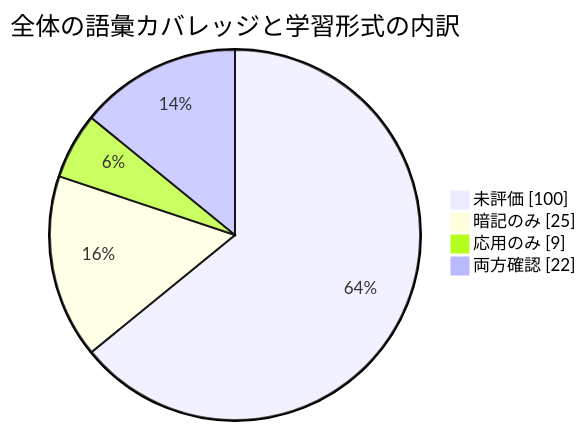
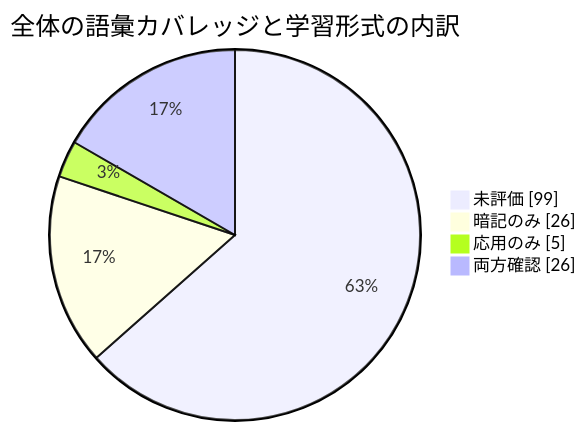
The diagram in 進捗/モチベ.md (ryusuke2003/security-specialist-study), drawn with Mermaid before and after one commit. The commit also changed other lines of this file and 11 other files, not shown here.

````diff
--- a/進捗/モチベ.md
+++ b/進捗/モチベ.md
@@ -5,8 +5,8 @@
 ```mermaid
 pie showData
     title 全体の語彙カバレッジと学習形式の内訳
-    "未評価" : 100
-    "暗記のみ" : 25
-    "応用のみ" : 9
-    "両方確認" : 22
+    "未評価" : 99
+    "暗記のみ" : 26
+    "応用のみ" : 5
+    "両方確認" : 26
 ```
````
